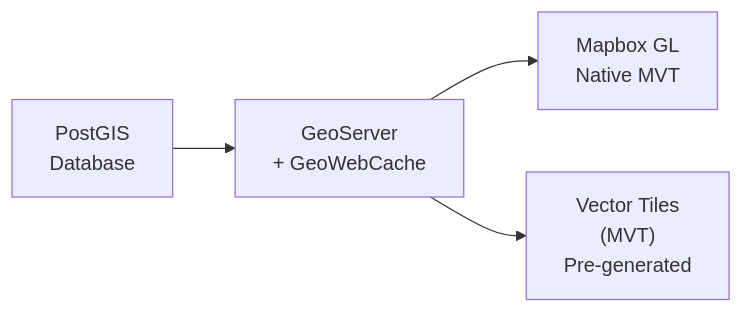
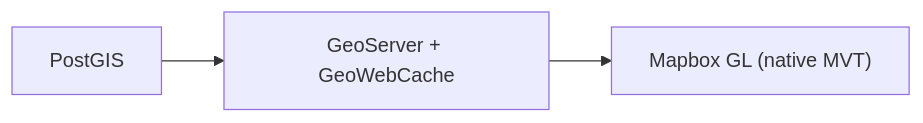
Before and after one commit to upbeat-works/provide: the second of 5 diagrams in plan/TECHNICAL_PLAN.md, drawn with Mermaid. The commit also changed other lines of this file, not shown here.

````diff
--- a/plan/TECHNICAL_PLAN.md
+++ b/plan/TECHNICAL_PLAN.md
@@ -292,5 +121,4 @@
 ```mermaid
 flowchart LR
-    PostGIS["PostGIS<br/>Database"] --> GeoServer["GeoServer<br/>+ GeoWebCache"] --> Mapbox["Mapbox GL<br/>Native MVT"]
-    GeoServer --> Tiles["Vector Tiles<br/>(MVT)<br/>Pre-generated"]
+    PostGIS["PostGIS"] --> GeoServer["GeoServer + GeoWebCache"] --> Mapbox["Mapbox GL (native MVT)"]
 ```
````
